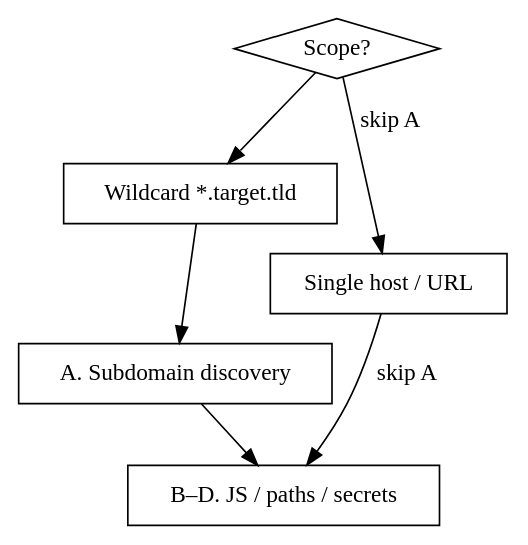
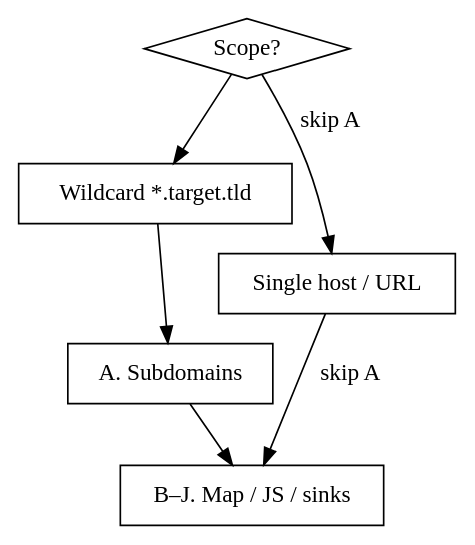
One commit to Liodeus/Skills_bugbounty changed the diagram in SKILLS/recon/SKILL.md. Above: the diagram before and after it, drawn with Graphviz. The commit also changed other lines of this file and 20 other files, not shown here.

````diff
--- a/SKILLS/recon/SKILL.md
+++ b/SKILLS/recon/SKILL.md
@@ -20,12 +28,12 @@
 ```dot
 digraph recon {
   "Scope?" [shape=diamond];
   "Wildcard *.target.tld" [shape=box];
   "Single host / URL" [shape=box];
-  "A. Subdomain discovery" [shape=box];
-  "B–D. JS / paths / secrets" [shape=box];
+  "A. Subdomains" [shape=box];
+  "B–J. Map / JS / sinks" [shape=box];
 
-  "Scope?" -> "Wildcard *.target.tld" -> "A. Subdomain discovery" -> "B–D. JS / paths / secrets";
-  "Scope?" -> "Single host / URL" -> "B–D. JS / paths / secrets" [label="skip A"];
+  "Scope?" -> "Wildcard *.target.tld" -> "A. Subdomains" -> "B–J. Map / JS / sinks";
+  "Scope?" -> "Single host / URL" -> "B–J. Map / JS / sinks" [label="skip A"];
 }
 ```
````
